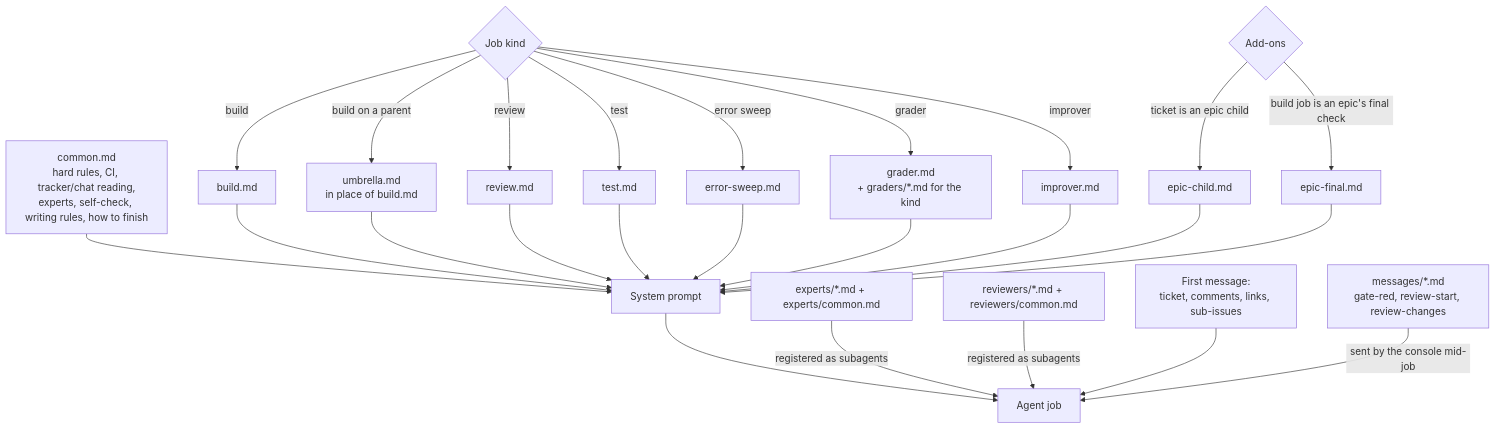
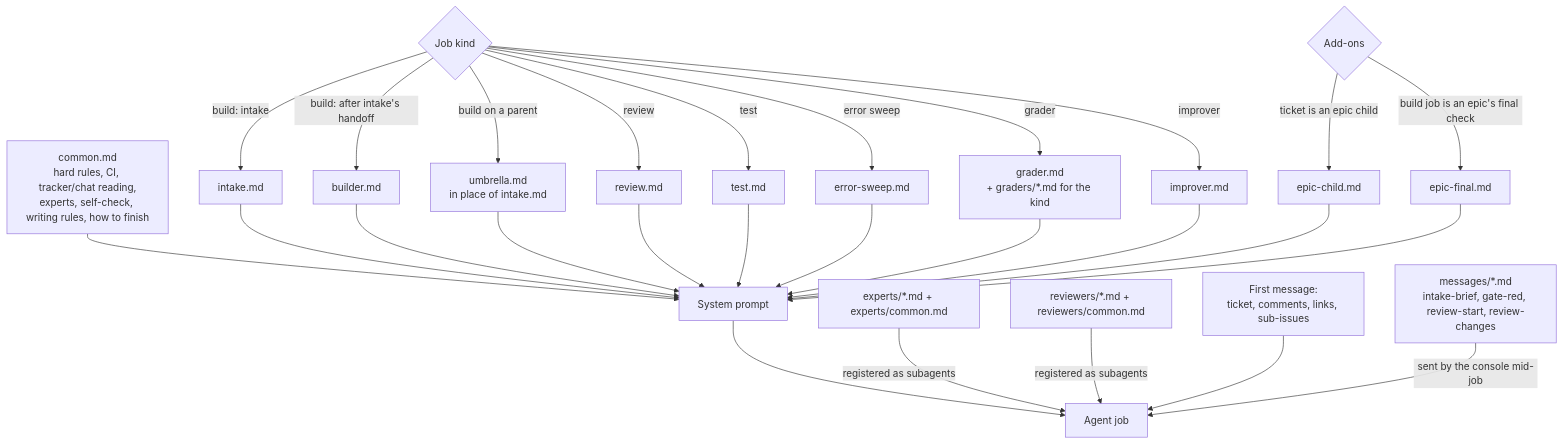
One commit to alairock/agent-console-spec changed the diagram in prompts/README.md. Above: the diagram before and after it, drawn with Mermaid. The commit also changed other lines of this file and 6 other files, not shown here.

First line of the commit message:
Pipeline: intake and the builder are separate agents

````diff
--- a/prompts/README.md
+++ b/prompts/README.md
@@ -10,22 +10,23 @@
 ```mermaid
 flowchart TB
   C[common.md<br/>hard rules, CI, tracker/chat reading,<br/>experts, self-check, writing rules, how to finish]
   K{Job kind}
   C --> P[System prompt]
-  K -->|build| B[build.md]
-  K -->|build on a parent| U[umbrella.md<br/>in place of build.md]
+  K -->|build: intake| IN[intake.md]
+  K -->|build: after intake's handoff| B[builder.md]
+  K -->|build on a parent| U[umbrella.md<br/>in place of intake.md]
   K -->|review| R[review.md]
   K -->|test| TE[test.md]
   K -->|error sweep| E[error-sweep.md]
   K -->|grader| GR["grader.md<br/>+ graders/*.md for the kind"]
   K -->|improver| IM[improver.md]
-  B & U & R & TE & E & GR & IM --> P
+  IN & B & U & R & TE & E & GR & IM --> P
   A{Add-ons} -->|ticket is an epic child| EC[epic-child.md]
   A -->|build job is an epic's final check| EF[epic-final.md]
   EC & EF --> P
   P --> J[Agent job]
   X[experts/*.md + experts/common.md] -->|registered as subagents| J
   RV[reviewers/*.md + reviewers/common.md] -->|registered as subagents| J
   F[First message:<br/>ticket, comments, links, sub-issues] --> J
-  M[messages/*.md<br/>gate-red, review-start, review-changes] -->|sent by the console mid-job| J
+  M[messages/*.md<br/>intake-brief, gate-red, review-start, review-changes] -->|sent by the console mid-job| J
 ```
````
